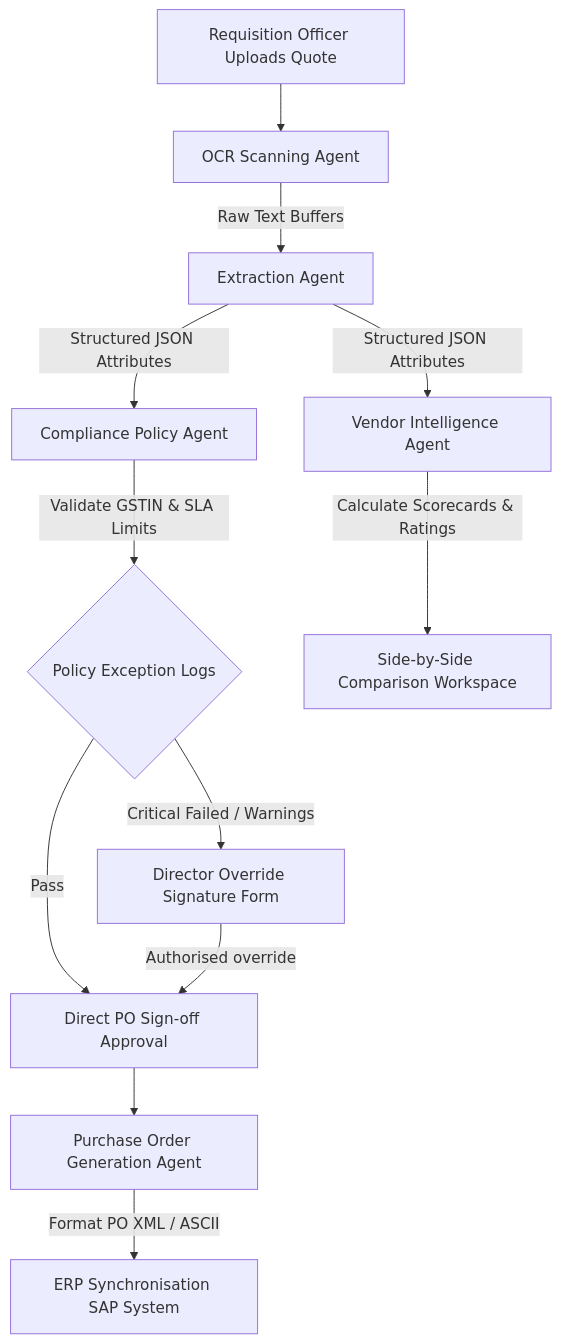
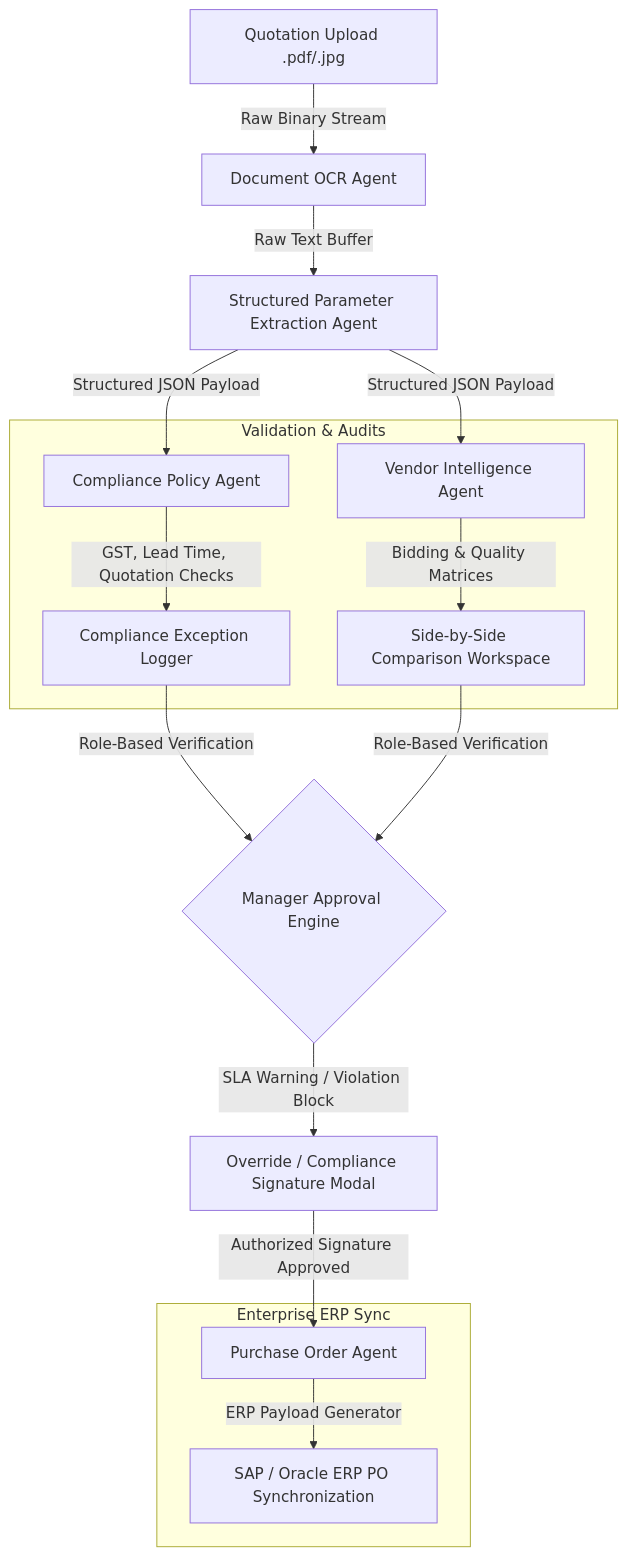
Before and after one commit to 2405275-lab/Procura: the diagram in WORKFLOW_AND_DESIGN.md, drawn with Mermaid. The commit also changed other lines of this file, not shown here.

Commit message:
docs: add WORKFLOW_AND_DESIGN.md detailing system diagrams, technology stack, and database structures on behalf of collaborator 241551073

````diff
--- a/WORKFLOW_AND_DESIGN.md
+++ b/WORKFLOW_AND_DESIGN.md
@@ -11,17 +11,20 @@
 ```mermaid
 graph TD
-    A[Requisition Officer Uploads Quote] --> B[OCR Scanning Agent]
-    B -->|Raw Text Buffers| C[Extraction Agent]
-    C -->|Structured JSON Attributes| D[Compliance Policy Agent]
-    C -->|Structured JSON Attributes| E[Vendor Intelligence Agent]
+    A[Quotation Upload .pdf/.jpg] -->|Raw Binary Stream| B[Document OCR Agent]
+    B -->|Raw Text Buffer| C[Structured Parameter Extraction Agent]
+    C -->|Structured JSON Payload| D[Compliance Policy Agent]
+    C -->|Structured JSON Payload| E[Vendor Intelligence Agent]
     
-    D -->|Validate GSTIN & SLA Limits| F{Policy Exception Logs}
-    E -->|Calculate Scorecards & Ratings| G[Side-by-Side Comparison Workspace]
+    subgraph Validation & Audits
+        D -->|GST, Lead Time, Quotation Checks| F[Compliance Exception Logger]
+        E -->|Bidding & Quality Matrices| G[Side-by-Side Comparison Workspace]
+    end
+
+    F & G -->|Role-Based Verification| H{Manager Approval Engine}
+    H -->|SLA Warning / Violation Block| I[Override / Compliance Signature Modal]
+    I -->|Authorized Signature Approved| J[Purchase Order Agent]
     
-    F -->|Critical Failed / Warnings| H[Director Override Signature Form]
-    F -->|Pass| I[Direct PO Sign-off Approval]
-    H -->|Authorised override| I
-    
-    I --> J[Purchase Order Generation Agent]
-    J -->|Format PO XML / ASCII| K[ERP Synchronisation SAP System]
+    subgraph Enterprise ERP Sync
+        J -->|ERP Payload Generator| K[SAP / Oracle ERP PO Synchronization]
+    end
 ```
````
